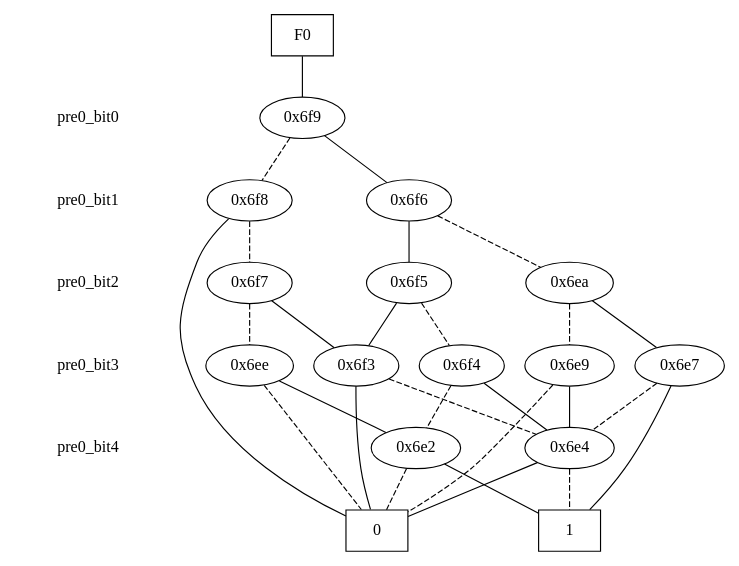
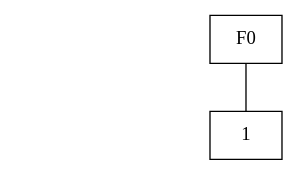
The diagram in current_state.dot (galvusdamor/downward-hm), drawn with Graphviz before and after one commit. The commit also changed 7 other files, not shown here.

```diff
--- a/current_state.dot
+++ b/current_state.dot
@@ -1,69 +1,18 @@
 digraph "DD" {
 size = "7.5,10"
 center = true;
 edge [dir = none];
 { node [shape = plaintext];
   edge [style = invis];
   "CONST NODES" [style = invis];
-" pre0_bit0 " -> " pre0_bit1 " -> " pre0_bit2 " -> " pre0_bit3 " -> " pre0_bit4 " -> "CONST NODES"; 
+"CONST NODES"; 
 }
 { rank = same; node [shape = box]; edge [style = invis];
 "F0"; }
-{ rank = same; " pre0_bit0 ";
-"0x6f9";
-}
-{ rank = same; " pre0_bit1 ";
-"0x6f8";
-"0x6f6";
-}
-{ rank = same; " pre0_bit2 ";
-"0x6f5";
-"0x6ea";
-"0x6f7";
-}
-{ rank = same; " pre0_bit3 ";
-"0x6f4";
-"0x6e7";
-"0x6ee";
-"0x6e9";
-"0x6f3";
-}
-{ rank = same; " pre0_bit4 ";
-"0x6e2";
-"0x6e4";
-}
 { rank = same; "CONST NODES";
-{ node [shape = box]; "0x170";
-"0x16f";
+{ node [shape = box]; "0";
 }
 }
-"F0" -> "0x6f9" [style = solid];
-"0x6f9" -> "0x6f6";
-"0x6f9" -> "0x6f8" [style = dashed];
-"0x6f8" -> "0x170";
-"0x6f8" -> "0x6f7" [style = dashed];
-"0x6f6" -> "0x6f5";
-"0x6f6" -> "0x6ea" [style = dashed];
-"0x6f5" -> "0x6f3";
-"0x6f5" -> "0x6f4" [style = dashed];
-"0x6ea" -> "0x6e7";
-"0x6ea" -> "0x6e9" [style = dashed];
-"0x6f7" -> "0x6f3";
-"0x6f7" -> "0x6ee" [style = dashed];
-"0x6f4" -> "0x6e4";
-"0x6f4" -> "0x6e2" [style = dashed];
-"0x6e7" -> "0x16f";
-"0x6e7" -> "0x6e4" [style = dashed];
-"0x6ee" -> "0x6e2";
-"0x6ee" -> "0x170" [style = dashed];
-"0x6e9" -> "0x6e4";
-"0x6e9" -> "0x170" [style = dashed];
-"0x6f3" -> "0x170";
-"0x6f3" -> "0x6e4" [style = dashed];
-"0x6e2" -> "0x16f";
-"0x6e2" -> "0x170" [style = dashed];
-"0x6e4" -> "0x170";
-"0x6e4" -> "0x16f" [style = dashed];
-"0x170" [label = "0"];
-"0x16f" [label = "1"];
+"F0" -> "0" [style = solid];
+"0" [label = "1"];
 }
```
